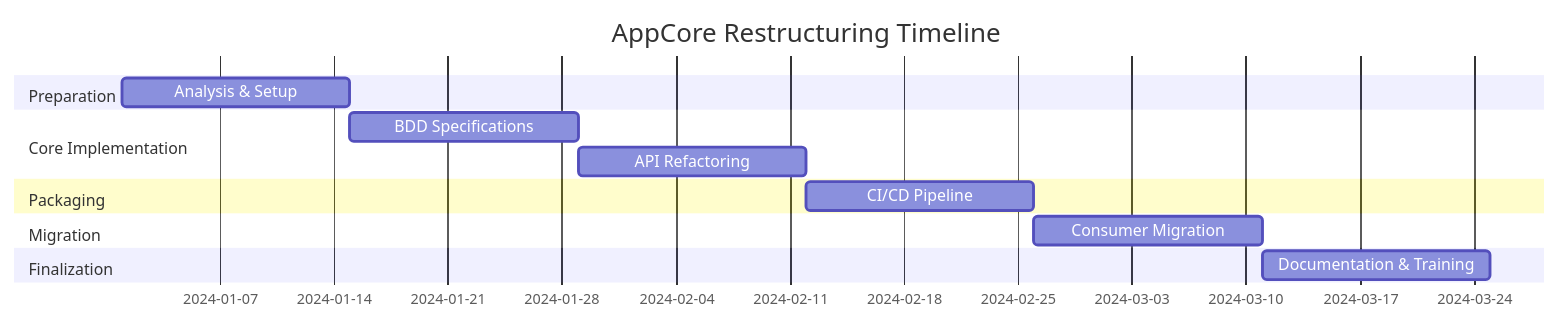
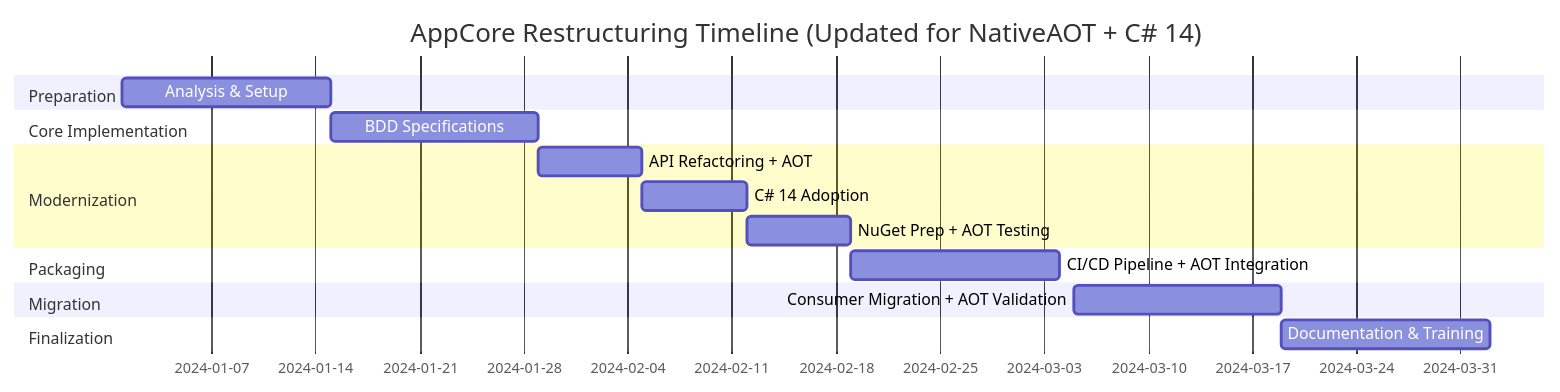
One commit to Harol-Reina/AppCore changed the diagram in docs/Implementation-Plan.md. Above: the diagram before and after it, drawn with Mermaid. The commit also changed other lines of this file, not shown here.

First line of the commit message:
docs: major update to implementation plan with NativeAOT and C# 14 support

````diff
--- a/docs/Implementation-Plan.md
+++ b/docs/Implementation-Plan.md
@@ -254,16 +543,19 @@
 ```mermaid
 gantt
-    title AppCore Restructuring Timeline
+    title AppCore Restructuring Timeline (Updated for NativeAOT + C# 14)
     dateFormat  YYYY-MM-DD
     section Preparation
-    Analysis & Setup          :2024-01-01, 14d
+    Analysis & Setup                    :2024-01-01, 14d
     section Core Implementation
-    BDD Specifications        :2024-01-15, 14d
-    API Refactoring          :2024-01-29, 14d
+    BDD Specifications                  :2024-01-15, 14d
+    section Modernization
+    API Refactoring + AOT               :2024-01-29, 7d
+    C# 14 Adoption                      :2024-02-05, 7d
+    NuGet Prep + AOT Testing            :2024-02-12, 7d
     section Packaging
-    CI/CD Pipeline           :2024-02-12, 14d
-    section Migration
-    Consumer Migration       :2024-02-26, 14d
+    CI/CD Pipeline + AOT Integration    :2024-02-19, 14d
+    section Migration  
+    Consumer Migration + AOT Validation :2024-03-05, 14d
     section Finalization
-    Documentation & Training :2024-03-11, 14d
+    Documentation & Training            :2024-03-19, 14d
 ```
````
